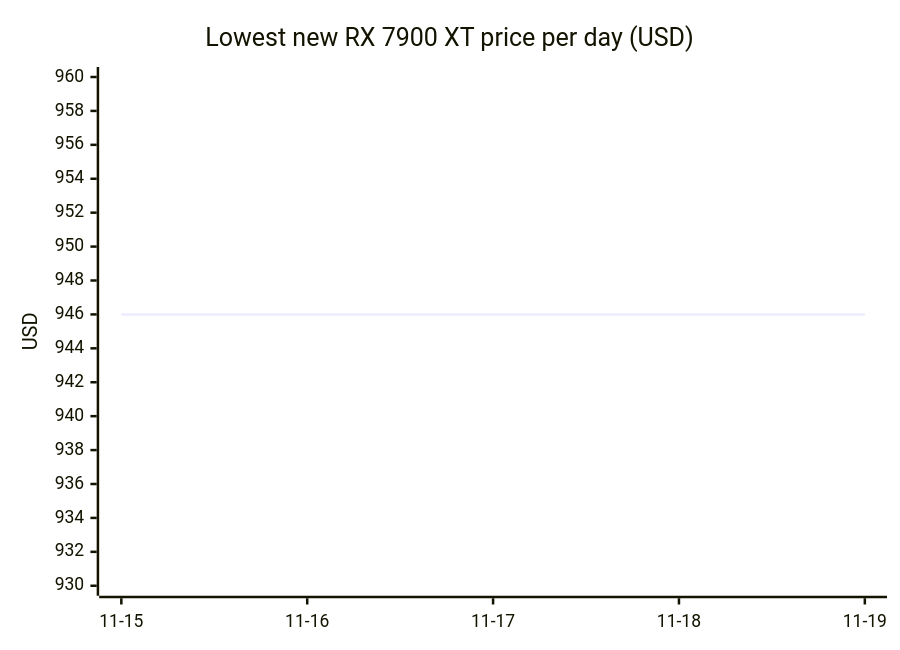
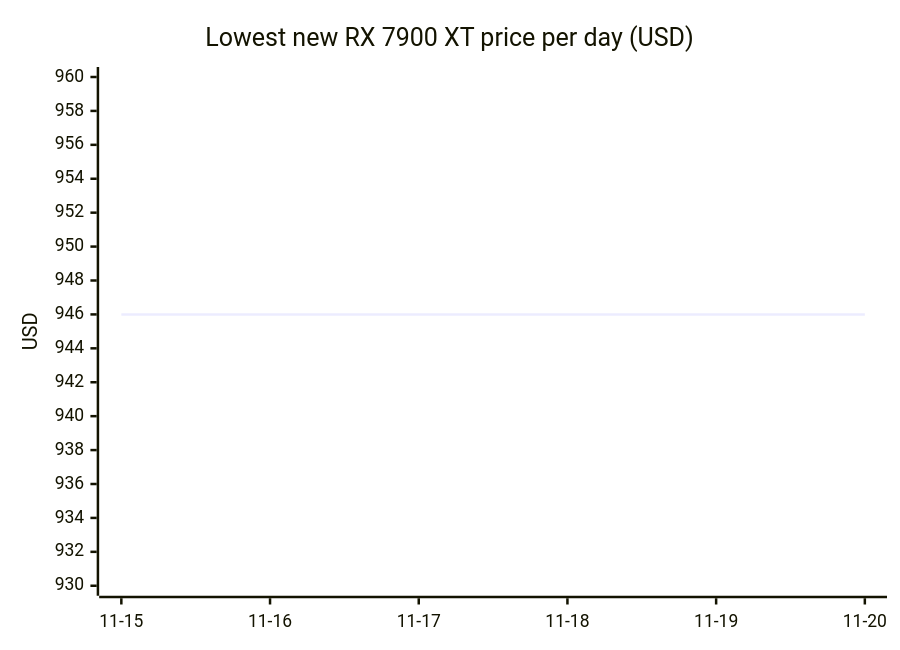
One commit to 7324136828/4tb_ssd_price_watch changed diagram 14 of 18 in README.md. Above: the diagram before and after it, drawn with Mermaid. The commit also changed other lines of this file, not shown here.

````diff
--- a/README.md
+++ b/README.md
@@ -974,7 +1026,7 @@
 ```mermaid
 xychart-beta
     title "Lowest new RX 7900 XT price per day (USD)"
-    x-axis ["11-15", "11-16", "11-17", "11-18", "11-19"]
+    x-axis ["11-15", "11-16", "11-17", "11-18", "11-19", "11-20"]
     y-axis "USD" 930 --> 960
-    line [946.00, 946.00, 946.00, 946.00, 946.00]
+    line [946.00, 946.00, 946.00, 946.00, 946.00, 946.00]
 ```
````
